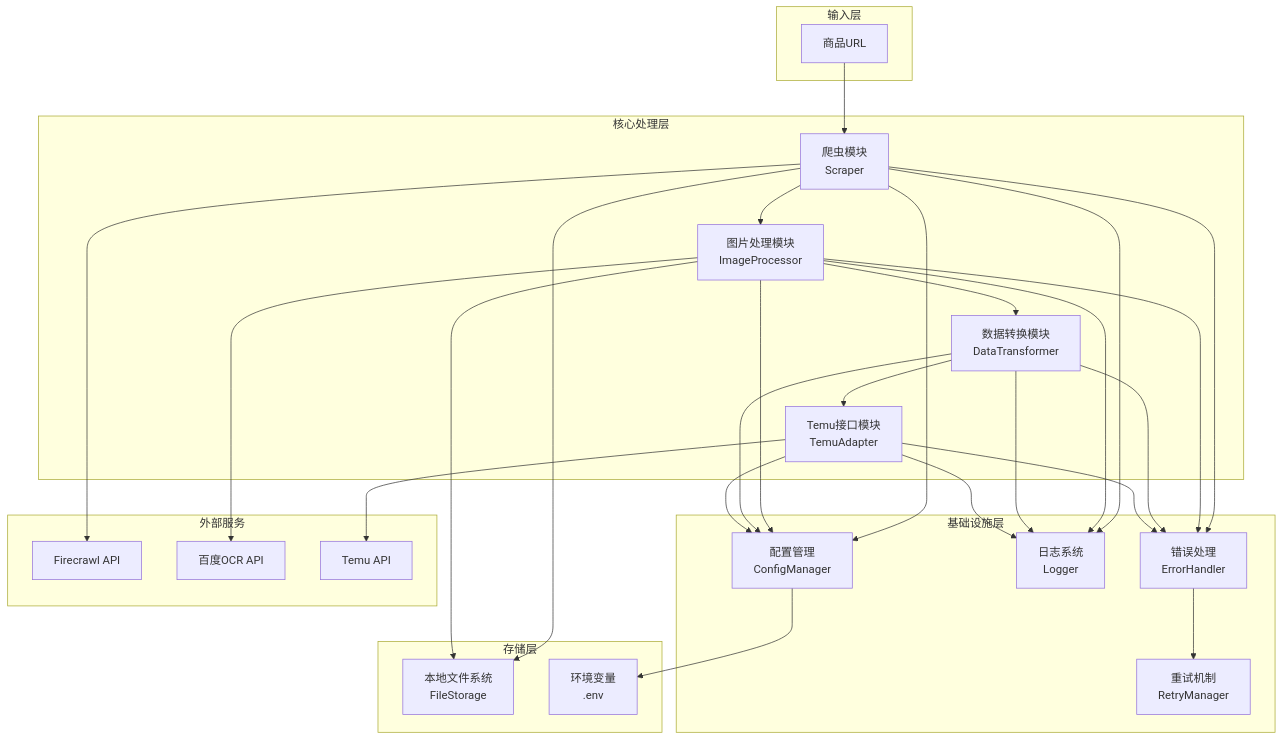
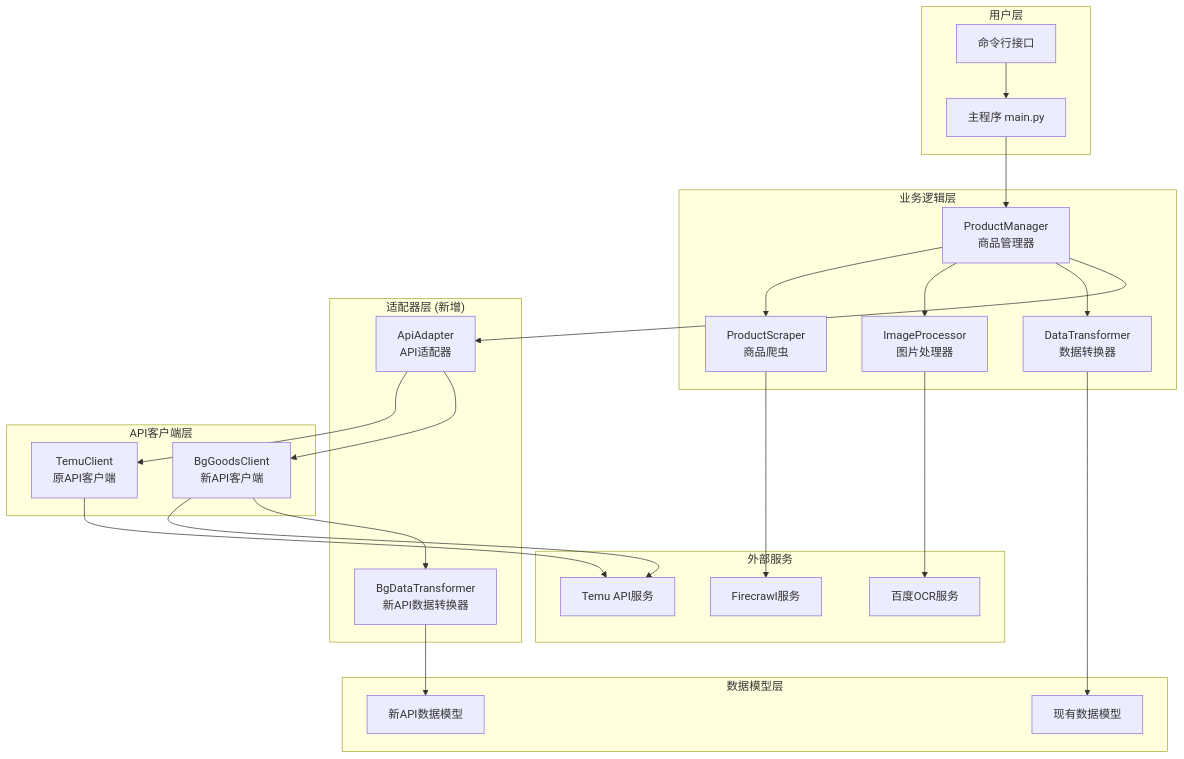
Before and after one commit to xcn04248/AutoTemu: the first of 3 diagrams in docs/AutoTemu/DESIGN_AutoTemu.md, drawn with Mermaid. The commit also changed other lines of this file and 64 other files, not shown here.

````diff
--- a/docs/AutoTemu/DESIGN_AutoTemu.md
+++ b/docs/AutoTemu/DESIGN_AutoTemu.md
@@ -7,60 +5,51 @@
 ```mermaid
 graph TB
-    subgraph "输入层"
-        A[商品URL]
+    subgraph "用户层"
+        CLI[命令行接口]
+        Main[主程序 main.py]
     end
     
-    subgraph "核心处理层"
-        B[爬虫模块<br/>Scraper]
-        C[图片处理模块<br/>ImageProcessor]
-        D[数据转换模块<br/>DataTransformer]
-        E[Temu接口模块<br/>TemuAdapter]
+    subgraph "业务逻辑层"
+        PM[ProductManager<br/>商品管理器]
+        DT[DataTransformer<br/>数据转换器]
+        IP[ImageProcessor<br/>图片处理器]
+        SC[ProductScraper<br/>商品爬虫]
     end
     
-    subgraph "基础设施层"
-        F[配置管理<br/>ConfigManager]
-        G[日志系统<br/>Logger]
-        H[错误处理<br/>ErrorHandler]
-        I[重试机制<br/>RetryManager]
+    subgraph "适配器层 (新增)"
+        AA[ApiAdapter<br/>API适配器]
+        BGT[BgDataTransformer<br/>新API数据转换器]
     end
     
-    subgraph "存储层"
-        J[本地文件系统<br/>FileStorage]
-        K[环境变量<br/>.env]
+    subgraph "API客户端层"
+        BGC[BgGoodsClient<br/>新API客户端]
+        TC[TemuClient<br/>原API客户端]
+    end
+    
+    subgraph "数据模型层"
+        DM[现有数据模型]
+        BGM[新API数据模型]
     end
     
     subgraph "外部服务"
-        L[Firecrawl API]
-        M[百度OCR API]
-        N[Temu API]
+        TEMU[Temu API服务]
+        OCR[百度OCR服务]
+        FC[Firecrawl服务]
     end
     
-    A --> B
-    B --> L
-    B --> C
-    C --> M
-    C --> D
-    D --> E
-    E --> N
-    
-    B --> J
-    C --> J
-    
-    F --> K
-    B --> F
-    C --> F
-    D --> F
-    E --> F
-    
-    B --> G
-    C --> G
-    D --> G
-    E --> G
-    
-    B --> H
-    C --> H
-    D --> H
-    E --> H
-    
-    H --> I
+    CLI --> Main
+    Main --> PM
+    PM --> AA
+    AA --> BGC
+    AA --> TC
+    BGC --> BGT
+    BGT --> BGM
+    PM --> DT
+    PM --> IP
+    PM --> SC
+    DT --> DM
+    IP --> OCR
+    SC --> FC
+    BGC --> TEMU
+    TC --> TEMU
 ```
````
